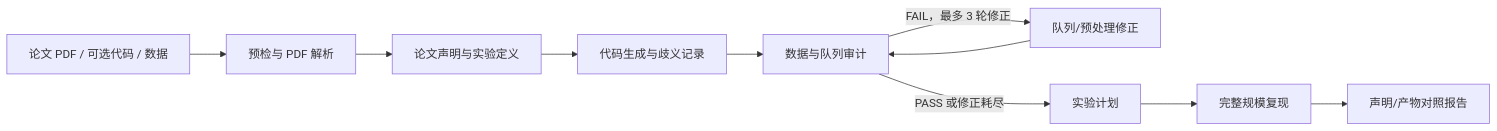
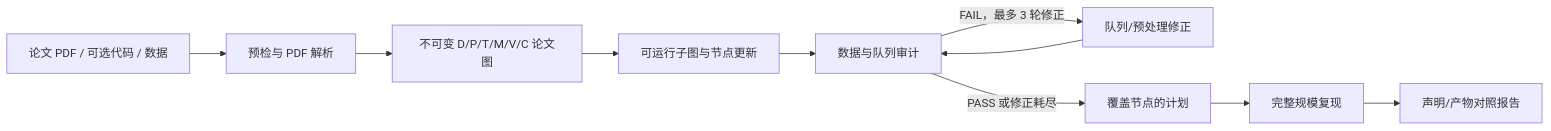
Before and after one commit to ruihanxx/medai: the third of 4 diagrams in README.md, drawn with Mermaid. The commit also changed other lines of this file and 19 other files, not shown here.

Commit message:
docs: finalize claim graph migration

```diff
--- a/README.md
+++ b/README.md
@@ -545,12 +546,12 @@
 ~~~mermaid
 flowchart LR
     I[论文 PDF / 可选代码 / 数据] --> A[预检与 PDF 解析]
-    A --> B[论文声明与实验定义]
-    B --> C[代码生成与歧义记录]
+    A --> B[不可变 D/P/T/M/V/C 论文图]
+    B --> C[可运行子图与节点更新]
     C --> D[数据与队列审计]
     D -->|FAIL，最多 3 轮修正| E[队列/预处理修正]
     E --> D
-    D -->|PASS 或修正耗尽| F[实验计划]
+    D -->|PASS 或修正耗尽| F[覆盖节点的计划]
     F --> G[完整规模复现]
     G --> H[声明/产物对照报告]
 ~~~
```
